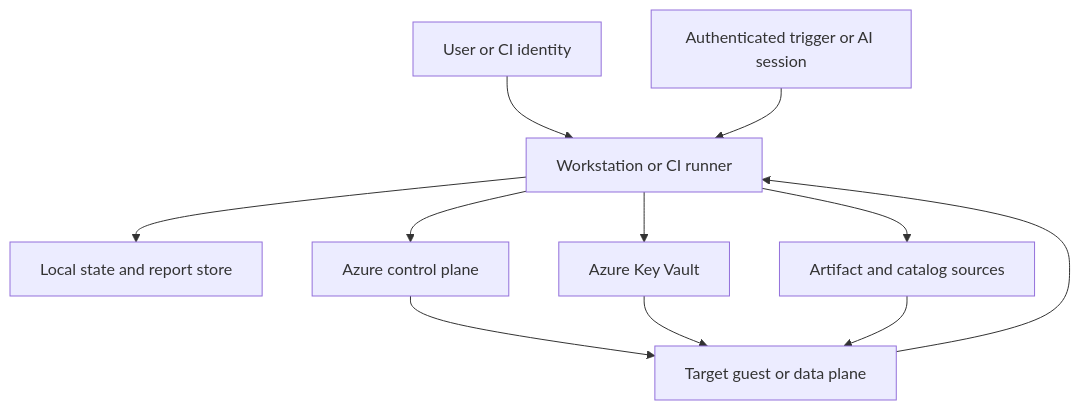
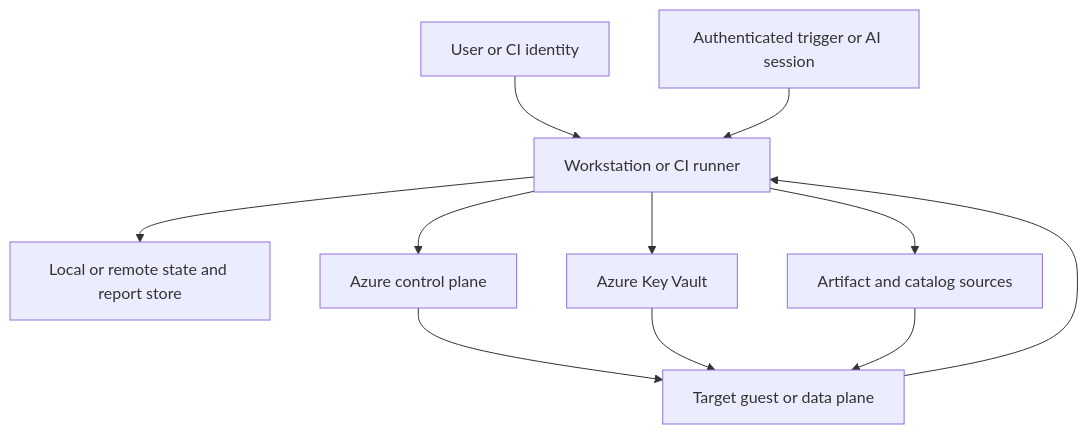
The diagram in docs-site/src/content/docs/architecture/system-context.mdx (kaysauter/Azure-Data-Lab-Toolkit), drawn with Mermaid before and after one commit. The commit also changed other lines of this file and 24 other files, not shown here.

First line of the commit message:
docs: define segmented delivery architecture

````diff
--- a/docs-site/src/content/docs/architecture/system-context.mdx
+++ b/docs-site/src/content/docs/architecture/system-context.mdx
@@ -15,13 +15,13 @@
 ```mermaid
 flowchart TB
     A["User or CI identity"] --> R["Workstation or CI runner"]
     T["Authenticated trigger or AI session"] --> R
-    R --> S["Local state and report store"]
+    R --> S["Local or remote state and report store"]
     R --> C["Artifact and catalog sources"]
     R --> Z["Azure control plane"]
     R --> K["Azure Key Vault"]
     Z --> D["Target guest or data plane"]
     K --> D
     C --> D
     D --> R
 ```
````
